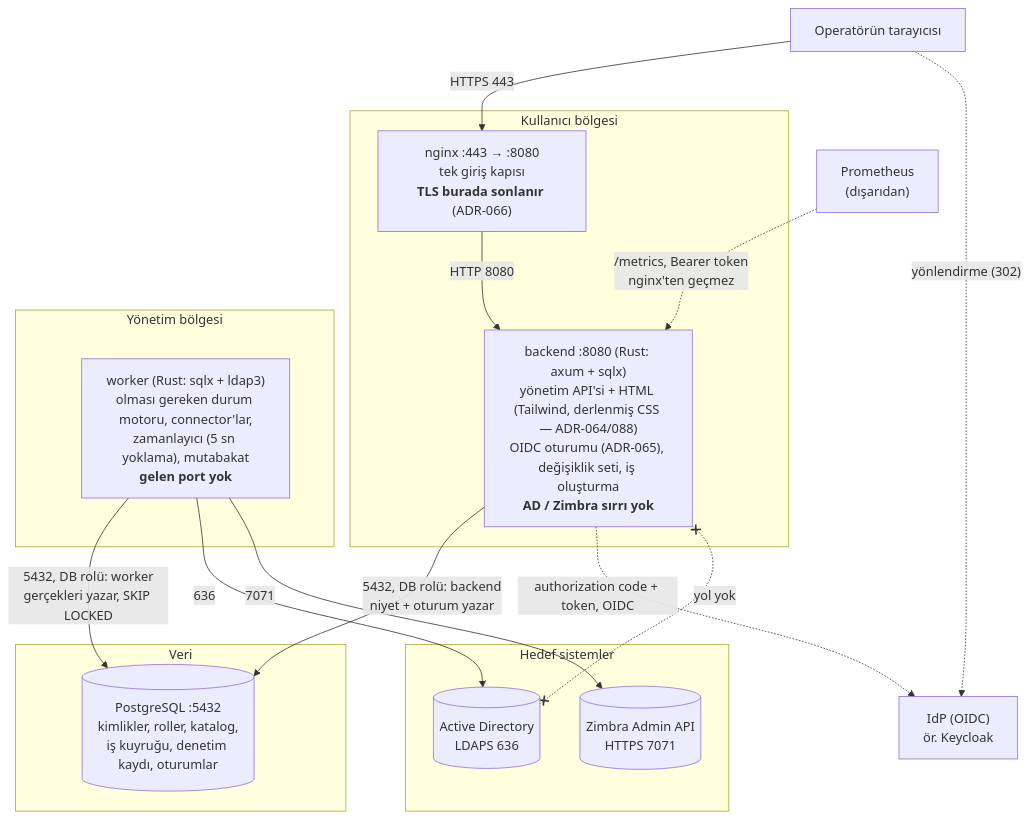
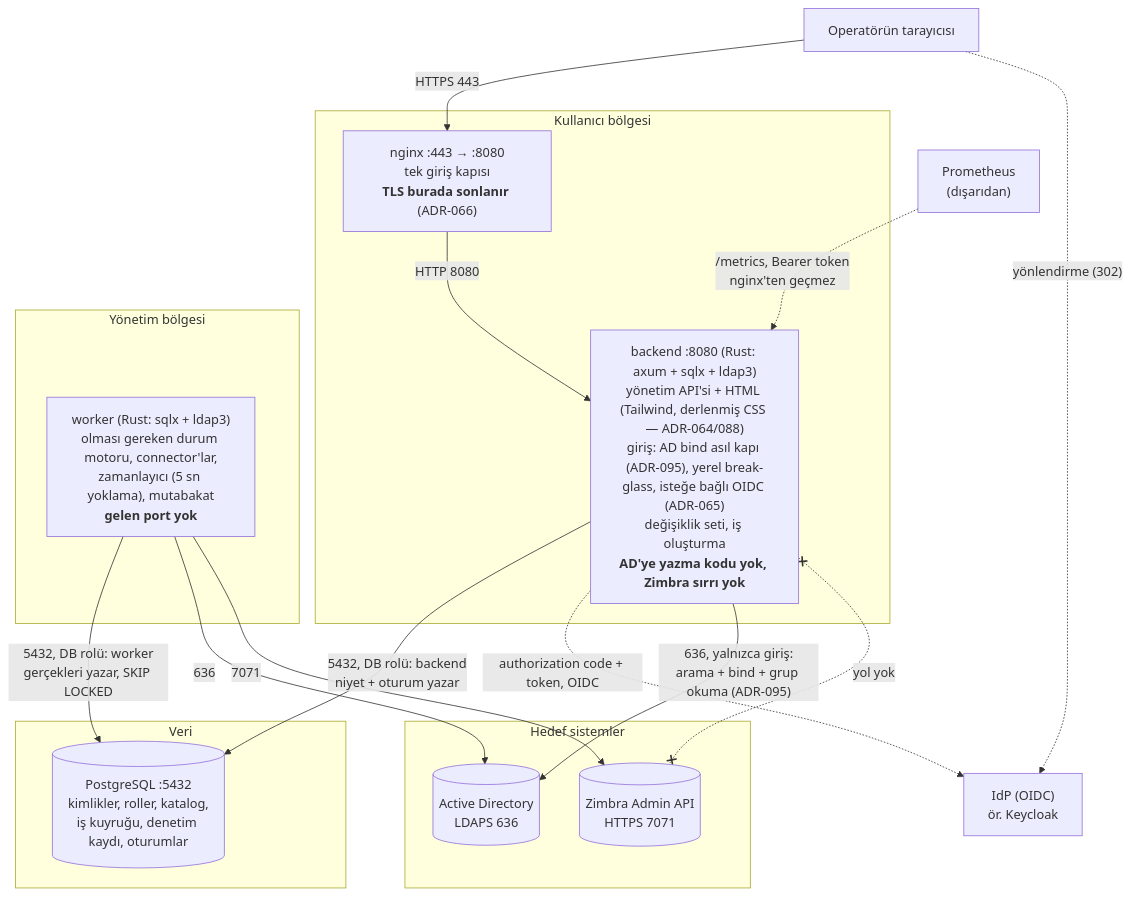
One commit to murat-akpinar/OpenSicil changed the second of 5 diagrams in README.md. Above: the diagram before and after it, drawn with Mermaid. The commit also changed other lines of this file and 10 other files, not shown here.

Commit message:
test: giriş bölümü kapanışı — güvenlik ve test, belgeler ADR-095'e göre

````diff
--- a/README.md
+++ b/README.md
@@ -55,34 +55,35 @@
 ```mermaid
 flowchart TB
     op["Operatörün tarayıcısı"]
     idp["IdP (OIDC)<br/>ör. Keycloak"]
     prom["Prometheus<br/>(dışarıdan)"]
 
     subgraph user_zone["Kullanıcı bölgesi"]
         nginx["nginx :443 → :8080<br/>tek giriş kapısı<br/><b>TLS burada sonlanır</b> (ADR-066)"]
-        backend["backend :8080 (Rust: axum + sqlx)<br/>yönetim API'si + HTML (Tailwind, derlenmiş CSS — ADR-064/088)<br/>OIDC oturumu (ADR-065), değişiklik seti, iş oluşturma<br/><b>AD / Zimbra sırrı yok</b>"]
+        backend["backend :8080 (Rust: axum + sqlx + ldap3)<br/>yönetim API'si + HTML (Tailwind, derlenmiş CSS — ADR-064/088)<br/>giriş: AD bind asıl kapı (ADR-095), yerel break-glass, isteğe bağlı OIDC (ADR-065)<br/>değişiklik seti, iş oluşturma<br/><b>AD'ye yazma kodu yok, Zimbra sırrı yok</b>"]
     end
 
     subgraph data["Veri"]
         db[("PostgreSQL :5432<br/>kimlikler, roller, katalog,<br/>iş kuyruğu, denetim kaydı, oturumlar")]
     end
 
     subgraph mgmt_zone["Yönetim bölgesi"]
         worker["worker (Rust: sqlx + ldap3)<br/>olması gereken durum motoru, connector'lar,<br/>zamanlayıcı (5 sn yoklama), mutabakat<br/><b>gelen port yok</b>"]
     end
 
     subgraph targets["Hedef sistemler"]
         ad[("Active Directory<br/>LDAPS 636")]
         zimbra[("Zimbra Admin API<br/>HTTPS 7071")]
     end
 
     op -->|"HTTPS 443"| nginx -->|"HTTP 8080"| backend
     op -.->|"yönlendirme (302)"| idp
     backend -->|"5432, DB rolü: backend<br/>niyet + oturum yazar"| db
     backend -.->|"authorization code + token, OIDC"| idp
     worker -->|"5432, DB rolü: worker<br/>gerçekleri yazar, SKIP LOCKED"| db
     worker -->|"636"| ad
     worker -->|"7071"| zimbra
     prom -.->|"/metrics, Bearer token<br/>nginx'ten geçmez"| backend
-    backend x-.-x|"yol yok"| ad
+    backend -->|"636, yalnızca giriş:<br/>arama + bind + grup okuma (ADR-095)"| ad
+    backend x-.-x|"yol yok"| zimbra
 ```
````
